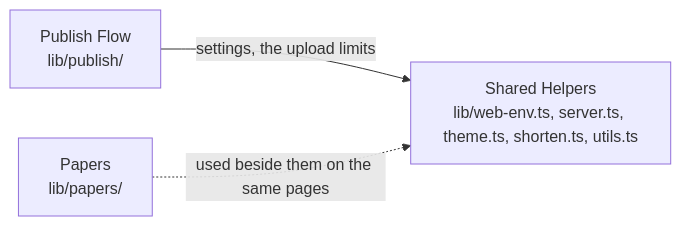
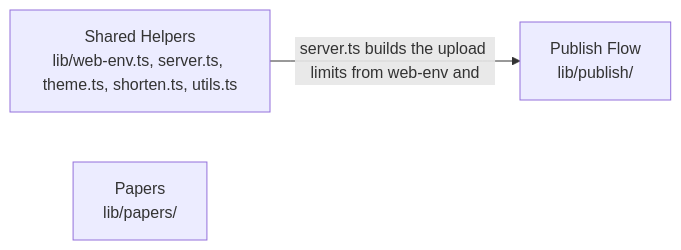
One commit to SiegfriedBz/labstrail changed the diagram in .omm/overall-architecture/web-app/lib/diagram.mmd. Above: the diagram before and after it, drawn with Mermaid. The commit also changed 20 other files, not shown here.

First line of the commit message:
docs: correct seven architecture views against the code

```diff
--- a/.omm/overall-architecture/web-app/lib/diagram.mmd
+++ b/.omm/overall-architecture/web-app/lib/diagram.mmd
@@ -1,3 +1,3 @@
 graph LR
-    publish["Publish Flow\nlib/publish/"] -->|"settings, the upload limits"| helpers["Shared Helpers\nlib/web-env.ts, server.ts, theme.ts, shorten.ts, utils.ts"]
-    papers["Papers\nlib/papers/"] -.->|"used beside them on the same pages"| helpers
+    helpers["Shared Helpers\nlib/web-env.ts, server.ts, theme.ts, shorten.ts, utils.ts"] -->|"server.ts builds the upload limits from web-env and"| publish["Publish Flow\nlib/publish/"]
+    papers["Papers\nlib/papers/"]
```
